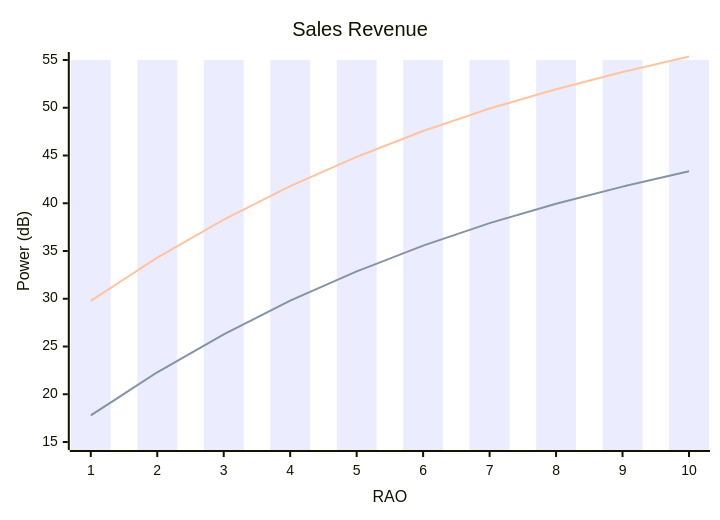
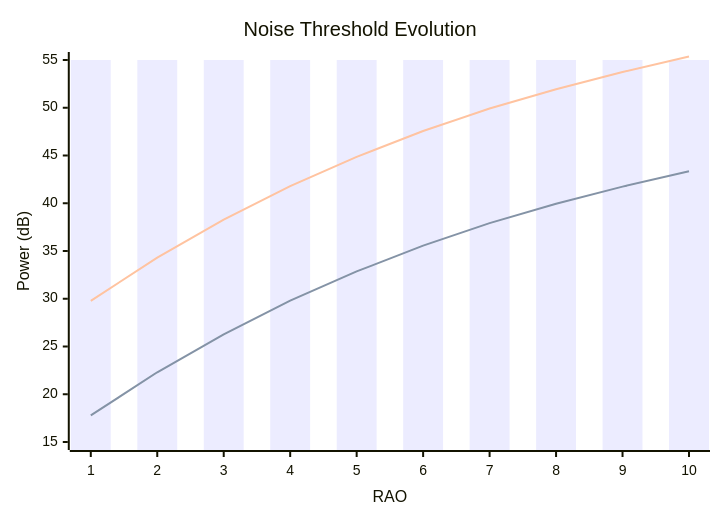
Before and after one commit to bmw-ece-ntust/wilfrid-prach-attack-analysis: the sixth of 8 diagrams in docs/20250310 Thesis (Basic Msg1 Model).md, drawn with Mermaid.

Commit message:
Update 20250310 Thesis (Basic Msg1 Model).md

````diff
--- a/docs/20250310 Thesis (Basic Msg1 Model).md
+++ b/docs/20250310 Thesis (Basic Msg1 Model).md
@@ -171,9 +171,9 @@
 ```mermaid
 xychart-beta
-    title "Sales Revenue"
+    title "Noise Threshold Evolution"
     x-axis RAO 1 --> 10
     y-axis "Power (dB)" 15 --> 55
     bar [55, 55, 55, 55, 55, 55, 55, 55, 55, 55]
     line [17.78, 22.3, 26.28, 29.8, 32.86, 35.56, 37.92, 39.94, 41.74, 43.36]
     line [29.78, 34.3, 38.28, 41.8, 44.86, 47.56, 49.92, 51.94, 53.74, 55.36]
 ```
````
